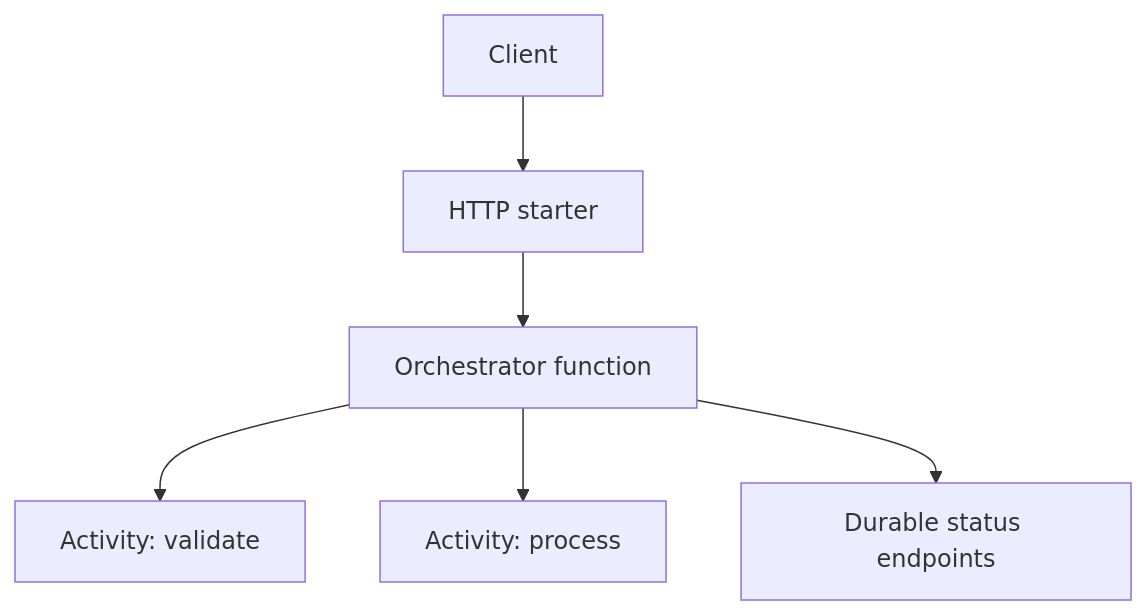
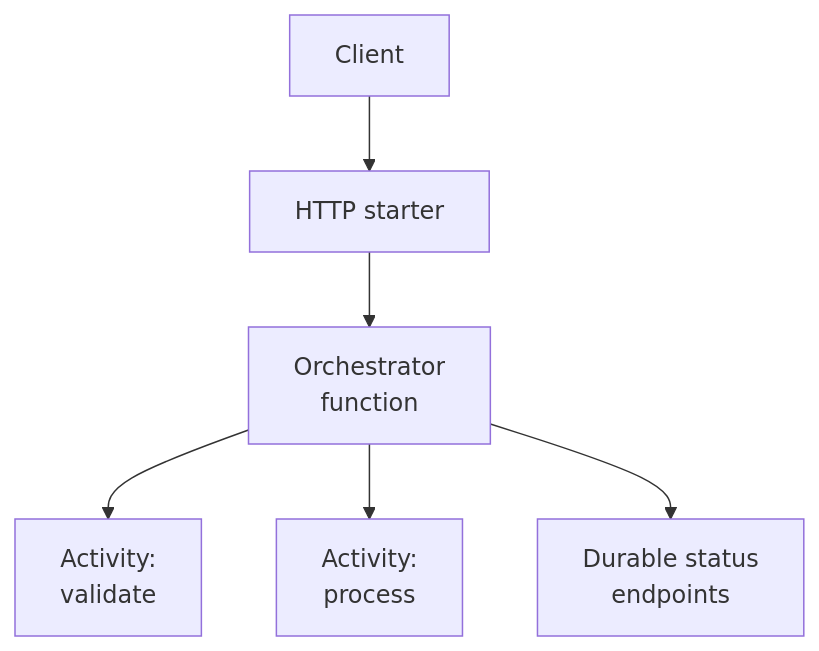
Before and after one commit to yeongseon/azure-functions-practical-guide: the diagram in docs/language-guides/java/recipes/durable-orchestration.md, drawn with Mermaid. The commit also changed 4 other files, not shown here.

First line of the commit message:
docs(diagrams): migrate Functions Durable Functions — durable entities and durable orchestration and related pages (#420)

````diff
--- a/docs/language-guides/java/recipes/durable-orchestration.md
+++ b/docs/language-guides/java/recipes/durable-orchestration.md
@@ -25,8 +25,10 @@
 ```mermaid
 flowchart TD
+    accTitle: Java Durable Orchestration recipe roles
+    accDescr: Logical recipe map from a client through an HTTP starter to an orchestrator and its validate and process activities. The status-endpoint link associates the instance with its management interface; it does not represent orchestrator I/O.
     CLIENT[Client] --> STARTER[HTTP starter]
-    STARTER --> ORCH[Orchestrator function]
-    ORCH --> ACT1[Activity: validate]
-    ORCH --> ACT2[Activity: process]
-    ORCH --> STATUS[Durable status endpoints]
+    STARTER --> ORCH["Orchestrator<br/>function"]
+    ORCH --> ACT1["Activity:<br/>validate"]
+    ORCH --> ACT2["Activity:<br/>process"]
+    ORCH --> STATUS["Durable status<br/>endpoints"]
 ```
````
